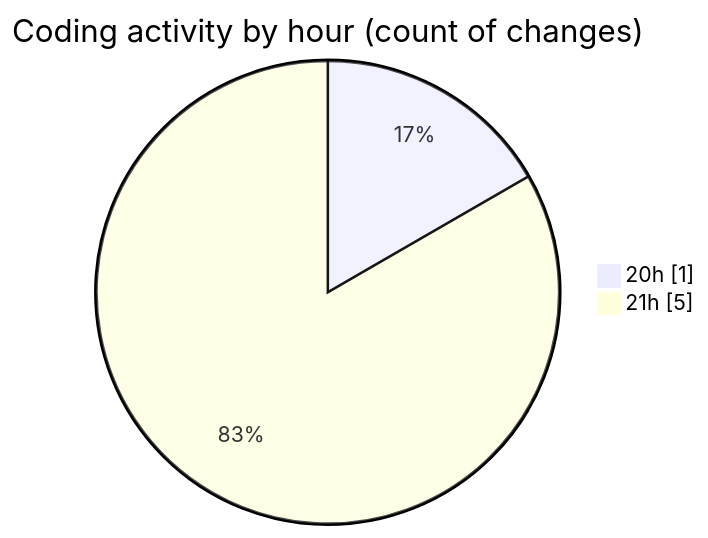
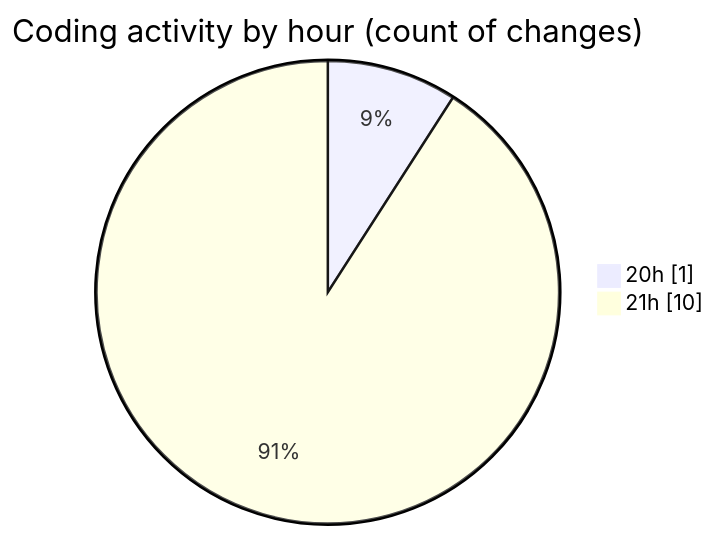
The second of 2 diagrams in 2025-02-15/0starter_files/README.md (Ritupan-Deka/code-tracking), drawn with Mermaid before and after one commit. The commit also changed other lines of this file and 1 other file, not shown here.

````diff
--- a/2025-02-15/0starter_files/README.md
+++ b/2025-02-15/0starter_files/README.md
@@ -28,6 +28,6 @@
 ```mermaid
 pie showData
 title Coding activity by hour (count of changes)
 "20h" : 1
-"21h" : 5
+"21h" : 10
 ```
````
